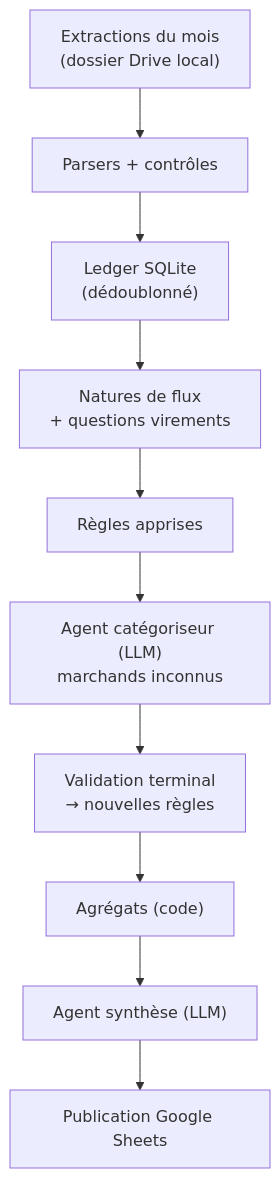
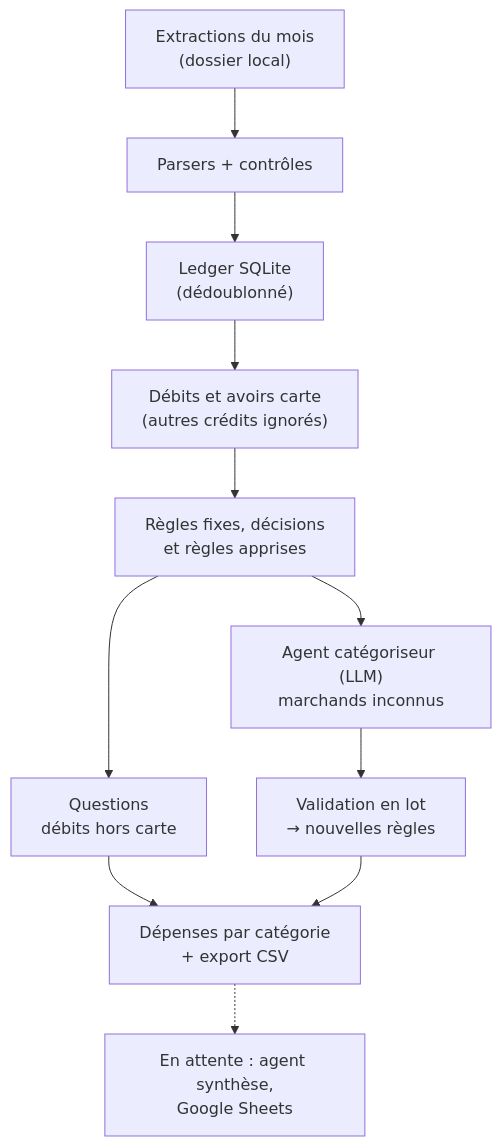
The diagram in docs/cadrage.md (AntoineGrb/ai-agent-budget-tracker), drawn with Mermaid before and after one commit. The commit also changed other lines of this file and 71 other files, not shown here.

````diff
--- a/docs/cadrage.md
+++ b/docs/cadrage.md
@@ -223,12 +188,13 @@
 ```mermaid
 flowchart TD
-    A["Extractions du mois<br/>(dossier Drive local)"] --> B["Parsers + contrôles"]
+    A["Extractions du mois<br/>(dossier local)"] --> B["Parsers + contrôles"]
     B --> C["Ledger SQLite<br/>(dédoublonné)"]
-    C --> D["Natures de flux<br/>+ questions virements"]
-    D --> E["Règles apprises"]
-    E --> F["Agent catégoriseur (LLM)<br/>marchands inconnus"]
-    F --> G["Validation terminal<br/>→ nouvelles règles"]
-    G --> H["Agrégats (code)"]
-    H --> I["Agent synthèse (LLM)"]
-    I --> J["Publication Google Sheets"]
+    C --> D["Débits et avoirs carte<br/>(autres crédits ignorés)"]
+    D --> E["Règles fixes, décisions<br/>et règles apprises"]
+    E --> F["Questions<br/>débits hors carte"]
+    E --> G["Agent catégoriseur (LLM)<br/>marchands inconnus"]
+    G --> H["Validation en lot<br/>→ nouvelles règles"]
+    F --> I["Dépenses par catégorie<br/>+ export CSV"]
+    H --> I
+    I -.-> J["En attente : agent synthèse,<br/>Google Sheets"]
 ```
````
